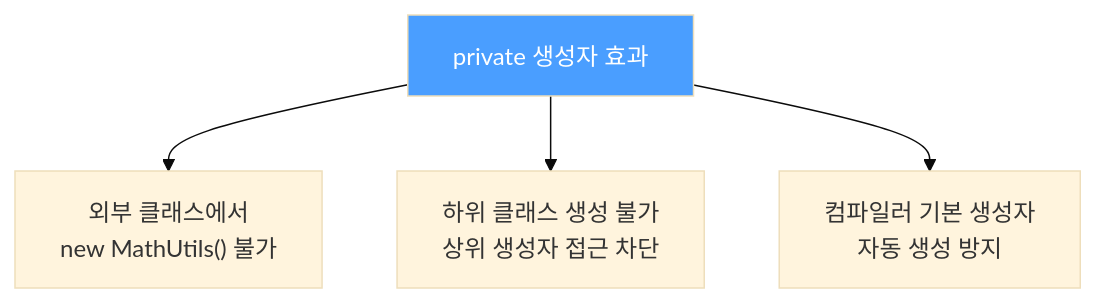
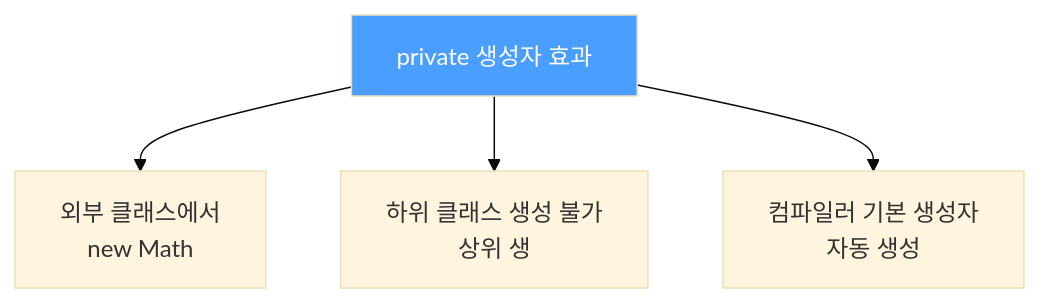
Before and after one commit to yjkim2015/yjkim2015.github.io: the first of 2 diagrams in _posts/java/2021-12-19-effective-java4.md, drawn with Mermaid (base theme). The commit also changed other lines of this file and 271 other files, not shown here.

First line of the commit message:
Mermaid 라벨 축소: 긴 노드 텍스트 18자 이하로 트림 + \n 제거

````diff
--- a/_posts/java/2021-12-19-effective-java4.md
+++ b/_posts/java/2021-12-19-effective-java4.md
@@ -97,7 +97,7 @@
 ```mermaid
 graph TD
-    A["private 생성자 효과"] --> B["외부 클래스에서\nnew MathUtils() 불가"]
-    A --> C["하위 클래스 생성 불가\n상위 생성자 접근 차단"]
-    A --> D["컴파일러 기본 생성자\n자동 생성 방지"]
+    A["private 생성자 효과"] --> B["외부 클래스에서\nnew Math"]
+    A --> C["하위 클래스 생성 불가\n상위 생"]
+    A --> D["컴파일러 기본 생성자\n자동 생성"]
     style A fill:#4a9eff,color:#fff
 ```
````
